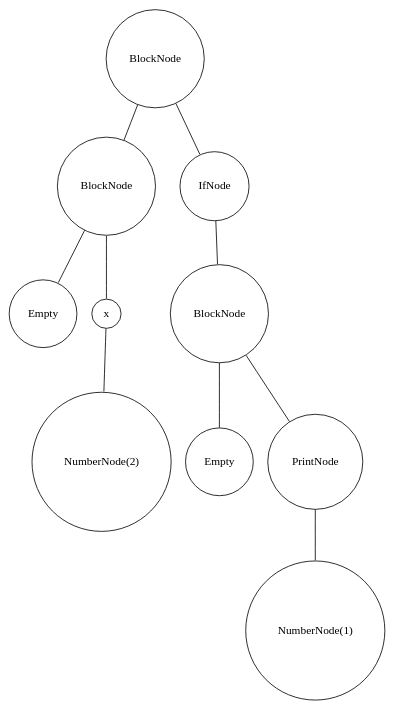
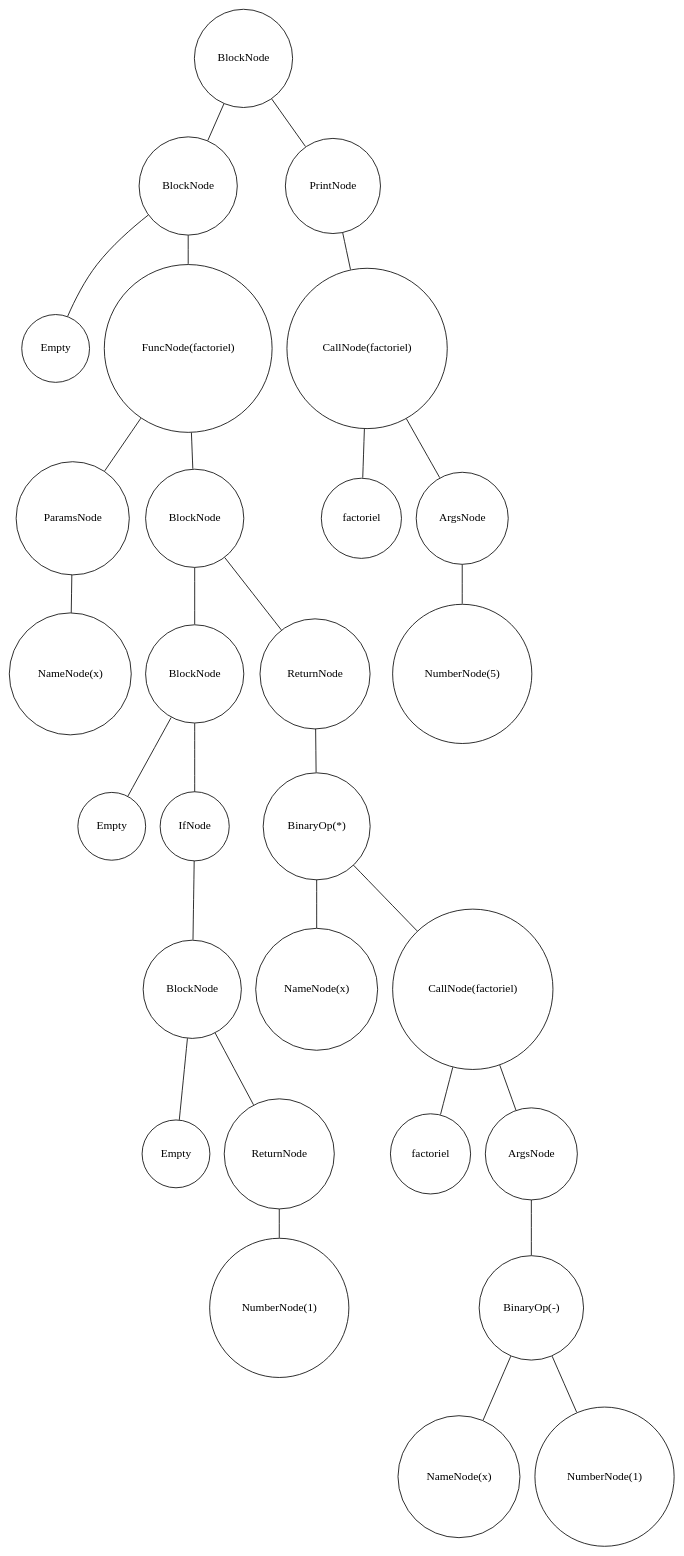
The diagram in img/graph.gv (Artex6666/interpreteurPython), drawn with Graphviz before and after one commit. The commit also changed 9 other files, not shown here.

```diff
--- a/img/graph.gv
+++ b/img/graph.gv
@@ -1,22 +1,58 @@
 digraph {
 	node [shape=circle]
-	"a14884f1-8d91-49e1-b4ff-aca515ec9429" [label=BlockNode]
-	"fedefd24-5e0a-40d3-8b92-639c9c130d8b" [label=BlockNode]
-	"28f058e4-c4eb-4b38-a9d2-21357f025c6a" [label=Empty]
-	"fedefd24-5e0a-40d3-8b92-639c9c130d8b" -> "28f058e4-c4eb-4b38-a9d2-21357f025c6a" [arrowsize=0]
-	"eeca2f67-d0ac-4b53-ade0-60ceaa9ab2d2" [label=x]
-	"09939f91-322c-4e6e-93f1-22458e3db83c" [label="NumberNode(2)"]
-	"eeca2f67-d0ac-4b53-ade0-60ceaa9ab2d2" -> "09939f91-322c-4e6e-93f1-22458e3db83c" [arrowsize=0]
-	"fedefd24-5e0a-40d3-8b92-639c9c130d8b" -> "eeca2f67-d0ac-4b53-ade0-60ceaa9ab2d2" [arrowsize=0]
-	"a14884f1-8d91-49e1-b4ff-aca515ec9429" -> "fedefd24-5e0a-40d3-8b92-639c9c130d8b" [arrowsize=0]
-	"68642f2e-81ca-488d-9a82-1eb4b3c38453" [label=IfNode]
-	"e3b2f9fc-731c-4d2e-93be-5f3a038e050f" [label=BlockNode]
-	"7ef09800-021b-4cb8-94af-4f9f03c9cead" [label=Empty]
-	"e3b2f9fc-731c-4d2e-93be-5f3a038e050f" -> "7ef09800-021b-4cb8-94af-4f9f03c9cead" [arrowsize=0]
-	"ce2ff3fa-2122-436b-b357-5e9008273e66" [label=PrintNode]
-	"3eaeae19-b49d-4314-9d6c-efdef7179631" [label="NumberNode(1)"]
-	"ce2ff3fa-2122-436b-b357-5e9008273e66" -> "3eaeae19-b49d-4314-9d6c-efdef7179631" [arrowsize=0]
-	"e3b2f9fc-731c-4d2e-93be-5f3a038e050f" -> "ce2ff3fa-2122-436b-b357-5e9008273e66" [arrowsize=0]
-	"68642f2e-81ca-488d-9a82-1eb4b3c38453" -> "e3b2f9fc-731c-4d2e-93be-5f3a038e050f" [arrowsize=0]
-	"a14884f1-8d91-49e1-b4ff-aca515ec9429" -> "68642f2e-81ca-488d-9a82-1eb4b3c38453" [arrowsize=0]
+	"1ee13364-849e-441e-929a-54d78495f1a9" [label=BlockNode]
+	"83ccc12c-28f6-46fe-8e34-be2ffd76ab30" [label=BlockNode]
+	"b1653ecc-9647-400d-abfd-de8666fcf1b5" [label=Empty]
+	"83ccc12c-28f6-46fe-8e34-be2ffd76ab30" -> "b1653ecc-9647-400d-abfd-de8666fcf1b5" [arrowsize=0]
+	"cc8d7f73-0f65-44df-abe9-24fe5c719ad9" [label="FuncNode(factoriel)"]
+	"476e6d65-b316-4316-9a9e-8d2edd78593d" [label=ParamsNode]
+	"31677b85-0fef-40bc-94d0-4d4b7e5c56ca" [label="NameNode(x)"]
+	"476e6d65-b316-4316-9a9e-8d2edd78593d" -> "31677b85-0fef-40bc-94d0-4d4b7e5c56ca" [arrowsize=0]
+	"cc8d7f73-0f65-44df-abe9-24fe5c719ad9" -> "476e6d65-b316-4316-9a9e-8d2edd78593d" [arrowsize=0]
+	"587ae695-a0c7-4794-99a3-0f13caf09983" [label=BlockNode]
+	"fcee519a-2a0a-4710-8db1-06db8b64b33c" [label=BlockNode]
+	"59260d49-70e1-412f-8ece-a8191cc2e7ee" [label=Empty]
+	"fcee519a-2a0a-4710-8db1-06db8b64b33c" -> "59260d49-70e1-412f-8ece-a8191cc2e7ee" [arrowsize=0]
+	"ffd35988-70ba-4f42-a306-1fbc382db067" [label=IfNode]
+	"3c5b2221-ab16-40d6-94e3-60836ef8d775" [label=BlockNode]
+	"8f297e3a-416f-4267-8d68-5246f56fd771" [label=Empty]
+	"3c5b2221-ab16-40d6-94e3-60836ef8d775" -> "8f297e3a-416f-4267-8d68-5246f56fd771" [arrowsize=0]
+	"c108ab88-7ea6-4bd8-b774-0027064932f8" [label=ReturnNode]
+	"00f2ed70-6556-4986-88b8-253599b2e534" [label="NumberNode(1)"]
+	"c108ab88-7ea6-4bd8-b774-0027064932f8" -> "00f2ed70-6556-4986-88b8-253599b2e534" [arrowsize=0]
+	"3c5b2221-ab16-40d6-94e3-60836ef8d775" -> "c108ab88-7ea6-4bd8-b774-0027064932f8" [arrowsize=0]
+	"ffd35988-70ba-4f42-a306-1fbc382db067" -> "3c5b2221-ab16-40d6-94e3-60836ef8d775" [arrowsize=0]
+	"fcee519a-2a0a-4710-8db1-06db8b64b33c" -> "ffd35988-70ba-4f42-a306-1fbc382db067" [arrowsize=0]
+	"587ae695-a0c7-4794-99a3-0f13caf09983" -> "fcee519a-2a0a-4710-8db1-06db8b64b33c" [arrowsize=0]
+	"45123479-582c-4127-a407-7c31bd0e37f2" [label=ReturnNode]
+	"3d190106-d38e-4bd8-a2db-c9b5b9d1c7c8" [label="BinaryOp(*)"]
+	"d0c5043d-9113-4c11-a7a8-c21c963e3b3b" [label="NameNode(x)"]
+	"3d190106-d38e-4bd8-a2db-c9b5b9d1c7c8" -> "d0c5043d-9113-4c11-a7a8-c21c963e3b3b" [arrowsize=0]
+	"86c79d50-4dc0-47bc-ae31-e584eb7e1756" [label="CallNode(factoriel)"]
+	"296f3424-7e12-4cfa-afa5-e336fa708e00" [label=factoriel]
+	"86c79d50-4dc0-47bc-ae31-e584eb7e1756" -> "296f3424-7e12-4cfa-afa5-e336fa708e00" [arrowsize=0]
+	"a2f68336-cf03-46e3-b180-58b8c284b00c" [label=ArgsNode]
+	"42b962b4-7ea3-4f23-9888-251c6a1986c1" [label="BinaryOp(-)"]
+	"76d1e281-5fce-4f58-918d-03cf481478d3" [label="NameNode(x)"]
+	"42b962b4-7ea3-4f23-9888-251c6a1986c1" -> "76d1e281-5fce-4f58-918d-03cf481478d3" [arrowsize=0]
+	"fa61d20b-b9eb-41b1-a74f-3286da535b89" [label="NumberNode(1)"]
+	"42b962b4-7ea3-4f23-9888-251c6a1986c1" -> "fa61d20b-b9eb-41b1-a74f-3286da535b89" [arrowsize=0]
+	"a2f68336-cf03-46e3-b180-58b8c284b00c" -> "42b962b4-7ea3-4f23-9888-251c6a1986c1" [arrowsize=0]
+	"86c79d50-4dc0-47bc-ae31-e584eb7e1756" -> "a2f68336-cf03-46e3-b180-58b8c284b00c" [arrowsize=0]
+	"3d190106-d38e-4bd8-a2db-c9b5b9d1c7c8" -> "86c79d50-4dc0-47bc-ae31-e584eb7e1756" [arrowsize=0]
+	"45123479-582c-4127-a407-7c31bd0e37f2" -> "3d190106-d38e-4bd8-a2db-c9b5b9d1c7c8" [arrowsize=0]
+	"587ae695-a0c7-4794-99a3-0f13caf09983" -> "45123479-582c-4127-a407-7c31bd0e37f2" [arrowsize=0]
+	"cc8d7f73-0f65-44df-abe9-24fe5c719ad9" -> "587ae695-a0c7-4794-99a3-0f13caf09983" [arrowsize=0]
+	"83ccc12c-28f6-46fe-8e34-be2ffd76ab30" -> "cc8d7f73-0f65-44df-abe9-24fe5c719ad9" [arrowsize=0]
+	"1ee13364-849e-441e-929a-54d78495f1a9" -> "83ccc12c-28f6-46fe-8e34-be2ffd76ab30" [arrowsize=0]
+	"3645cd97-7d80-47a6-b32f-823555ce68bb" [label=PrintNode]
+	"6e419e8a-7652-4d9b-880e-44f59ca48778" [label="CallNode(factoriel)"]
+	"4f87219c-7b8a-464f-a360-f073da826eb2" [label=factoriel]
+	"6e419e8a-7652-4d9b-880e-44f59ca48778" -> "4f87219c-7b8a-464f-a360-f073da826eb2" [arrowsize=0]
+	"b3fe7012-c706-45a5-b666-ddd02a6419b6" [label=ArgsNode]
+	"cc381bfc-7d86-4bdf-848b-918a69c8901c" [label="NumberNode(5)"]
+	"b3fe7012-c706-45a5-b666-ddd02a6419b6" -> "cc381bfc-7d86-4bdf-848b-918a69c8901c" [arrowsize=0]
+	"6e419e8a-7652-4d9b-880e-44f59ca48778" -> "b3fe7012-c706-45a5-b666-ddd02a6419b6" [arrowsize=0]
+	"3645cd97-7d80-47a6-b32f-823555ce68bb" -> "6e419e8a-7652-4d9b-880e-44f59ca48778" [arrowsize=0]
+	"1ee13364-849e-441e-929a-54d78495f1a9" -> "3645cd97-7d80-47a6-b32f-823555ce68bb" [arrowsize=0]
 }
```
